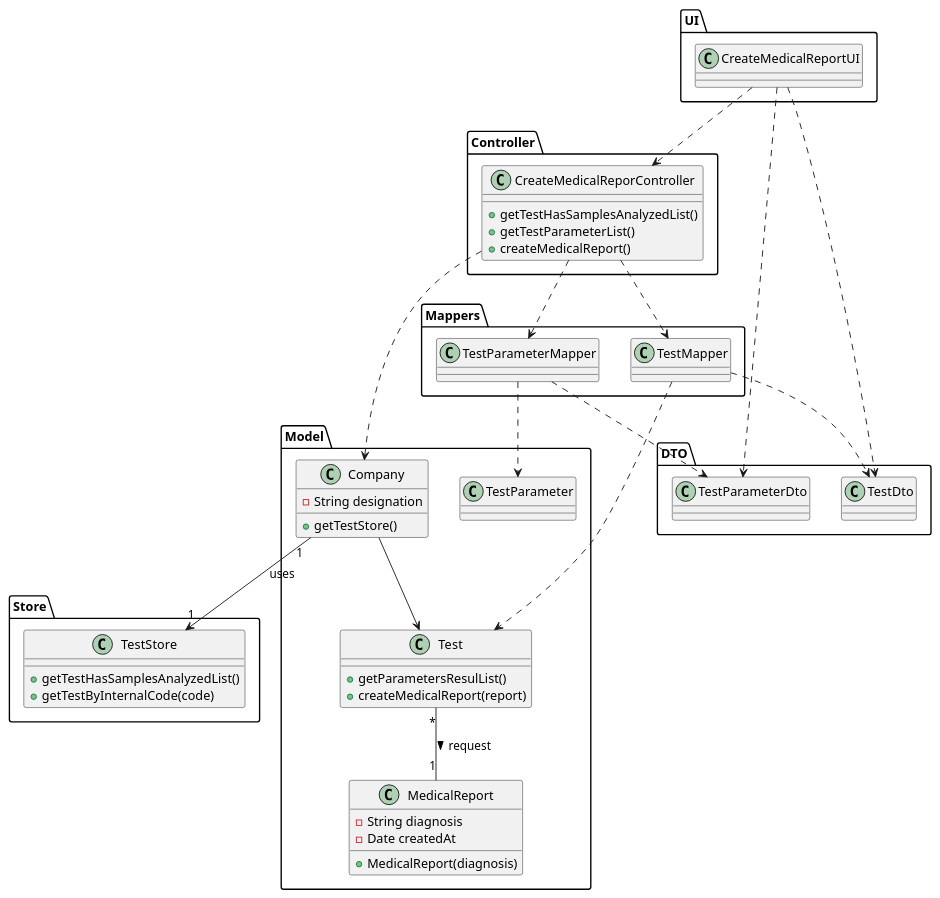
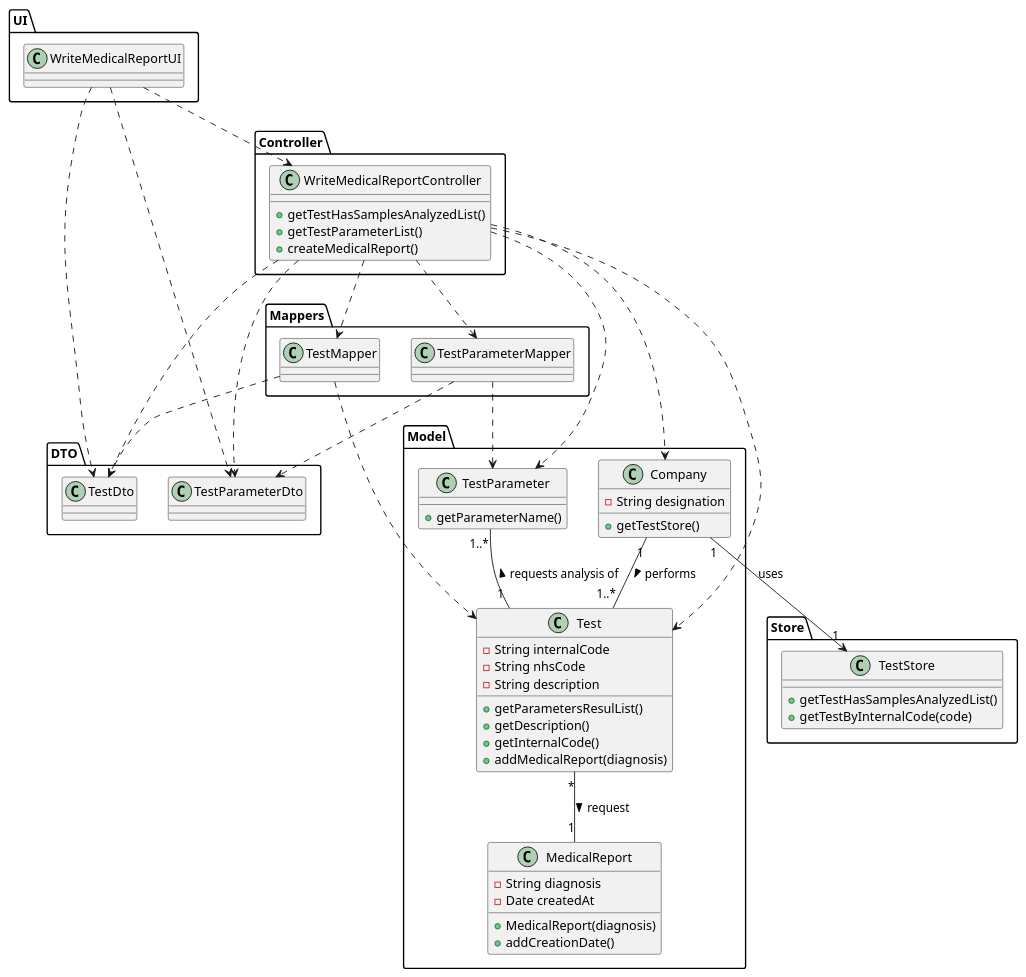
One commit to manu-07-ela/LAPR2_ISEP changed the diagram in docs/SprintC/US14/US14_CD.puml. Above: the diagram before and after it, drawn with PlantUML. The commit also changed 4 other files, not shown here.

```diff
--- a/docs/SprintC/US14/US14_CD.puml
+++ b/docs/SprintC/US14/US14_CD.puml
@@ -1,75 +1,87 @@
 @startuml
 
 package UI{
-class CreateMedicalReportUI{
+class WriteMedicalReportUI{
 }
 }
 
 package Controller{
-class CreateMedicalReporController{
+class WriteMedicalReportController{
 +getTestHasSamplesAnalyzedList()
 +getTestParameterList()
 +createMedicalReport()
 }
 }
 
 package Model{
 class Company{
 -String designation
 +getTestStore()
 }
 
 class Test{
+-String internalCode
+-String nhsCode
+-String description
 +getParametersResulList()
-+createMedicalReport(report)
++getDescription()
++getInternalCode()
++addMedicalReport(diagnosis)
 }
 
 class MedicalReport{
 -String diagnosis
 -Date createdAt
 + MedicalReport(diagnosis)
++ addCreationDate()
 }
 
 class TestParameter{
++ getParameterName()
 }
 }
 
 package Store{
 class TestStore{
 +getTestHasSamplesAnalyzedList()
 +getTestByInternalCode(code)
 }
 }
 
 package Mappers{
 class TestMapper{
 }
 
 class TestParameterMapper{
 }
 }
 
 package DTO{
 class TestDto{
 }
 
 class TestParameterDto{
 }
 }
 
 
-CreateMedicalReportUI ..> CreateMedicalReporController
-CreateMedicalReportUI ..> TestDto
-CreateMedicalReportUI ..> TestParameterDto
-CreateMedicalReporController ..> Company
-CreateMedicalReporController ..> TestMapper
-CreateMedicalReporController ..> TestParameterMapper
+WriteMedicalReportUI ..> WriteMedicalReportController
+WriteMedicalReportUI ..> TestDto
+WriteMedicalReportUI ..> TestParameterDto
+WriteMedicalReportController ..> Company
+WriteMedicalReportController ..> TestMapper
+WriteMedicalReportController ...> TestParameterDto
+WriteMedicalReportController ...> TestDto
+WriteMedicalReportController ...> TestParameter
+WriteMedicalReportController ...> Test
+WriteMedicalReportController ..> TestParameterMapper
 TestParameterMapper ..> TestParameterDto
 TestParameterMapper ..> TestParameter
 TestMapper ..> TestDto
 TestMapper ..> Test
-Company --> Test
+Company "1"--"1..*" Test : performs >
+TestParameter "1..*" --"1" Test : requests analysis of <
 Test "*"--"1" MedicalReport : request >
 Company"1"--> "1" TestStore : uses
 
 @enduml
```
